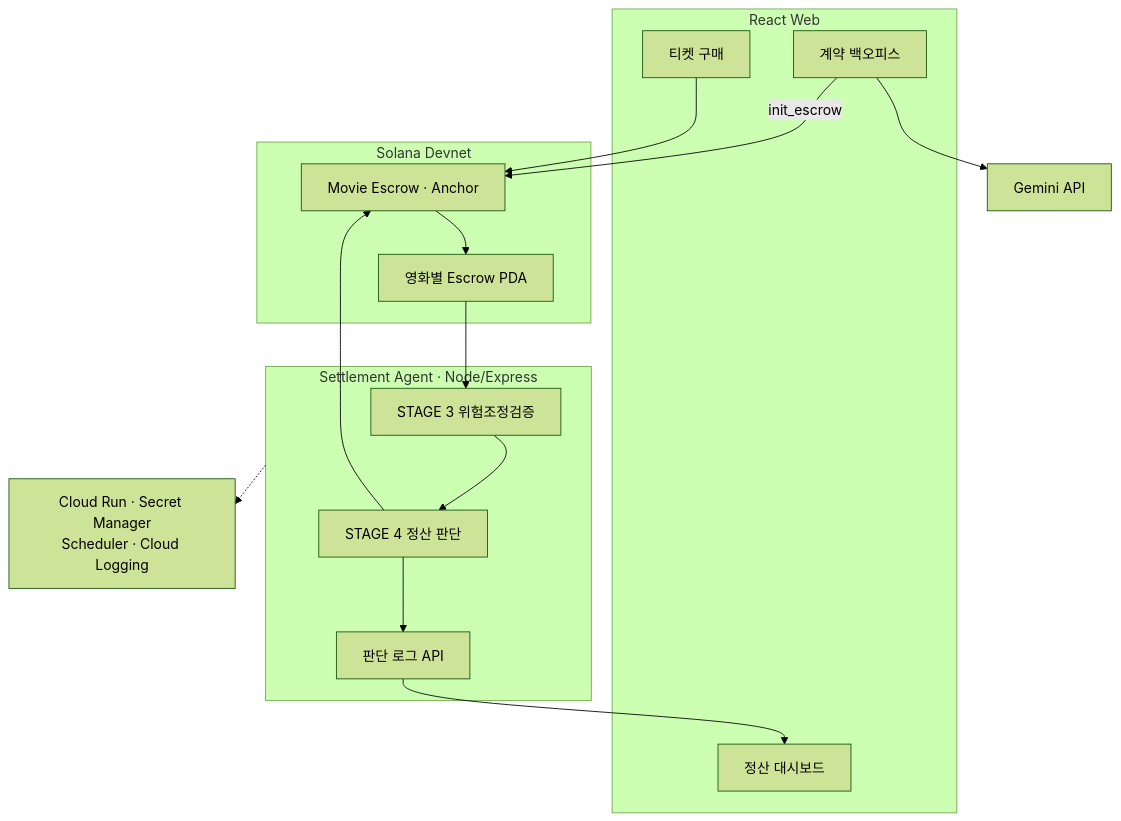
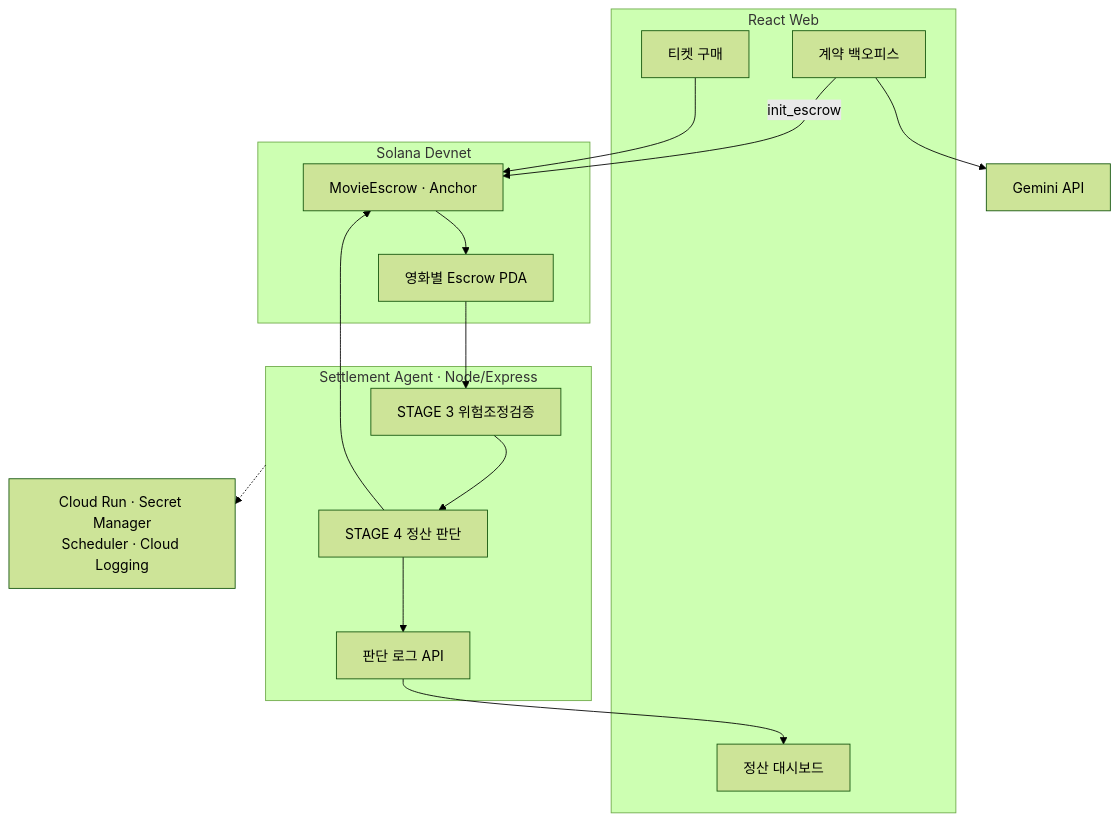
One commit to chaincrew-kr/blockchain-hackathon changed the second of 2 diagrams in README.md. Above: the diagram before and after it, drawn with Mermaid (forest theme). The commit also changed other lines of this file, not shown here.

````diff
--- a/README.md
+++ b/README.md
@@ -208,33 +177,33 @@
 ```mermaid
 flowchart TB
   subgraph Web["React Web"]
     Ticket["티켓 구매"]
     Backoffice["계약 백오피스"]
     Dashboard["정산 대시보드"]
   end
 
   subgraph Agent["Settlement Agent · Node/Express"]
     Verify["STAGE 3 위험조정검증"]
     Judge["STAGE 4 정산 판단"]
     Logs["판단 로그 API"]
   end
 
   subgraph Solana["Solana Devnet"]
-    Program["Movie Escrow · Anchor"]
+    Program["MovieEscrow · Anchor"]
     PDA["영화별 Escrow PDA"]
   end
 
   Gemini["Gemini API"]
   Cloud["Cloud Run · Secret Manager<br/>Scheduler · Cloud Logging"]
 
   Backoffice --> Gemini
   Backoffice -->|init_escrow| Program
   Ticket --> Program
   Program --> PDA
   PDA --> Verify
   Verify --> Judge
   Judge --> Program
   Judge --> Logs
   Logs --> Dashboard
   Agent -.-> Cloud
 ```
````
